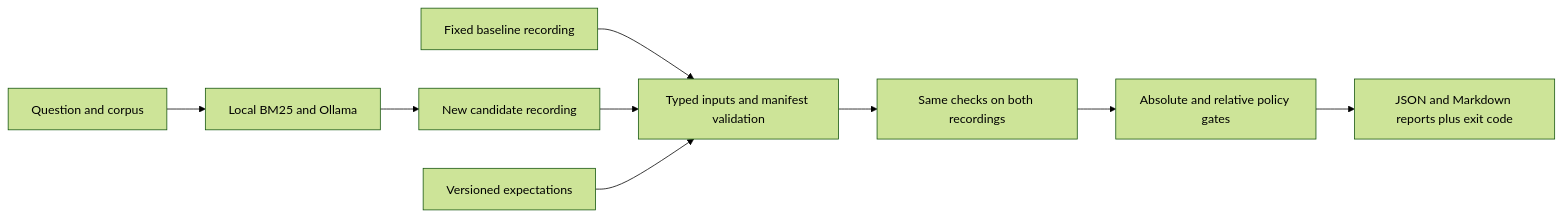
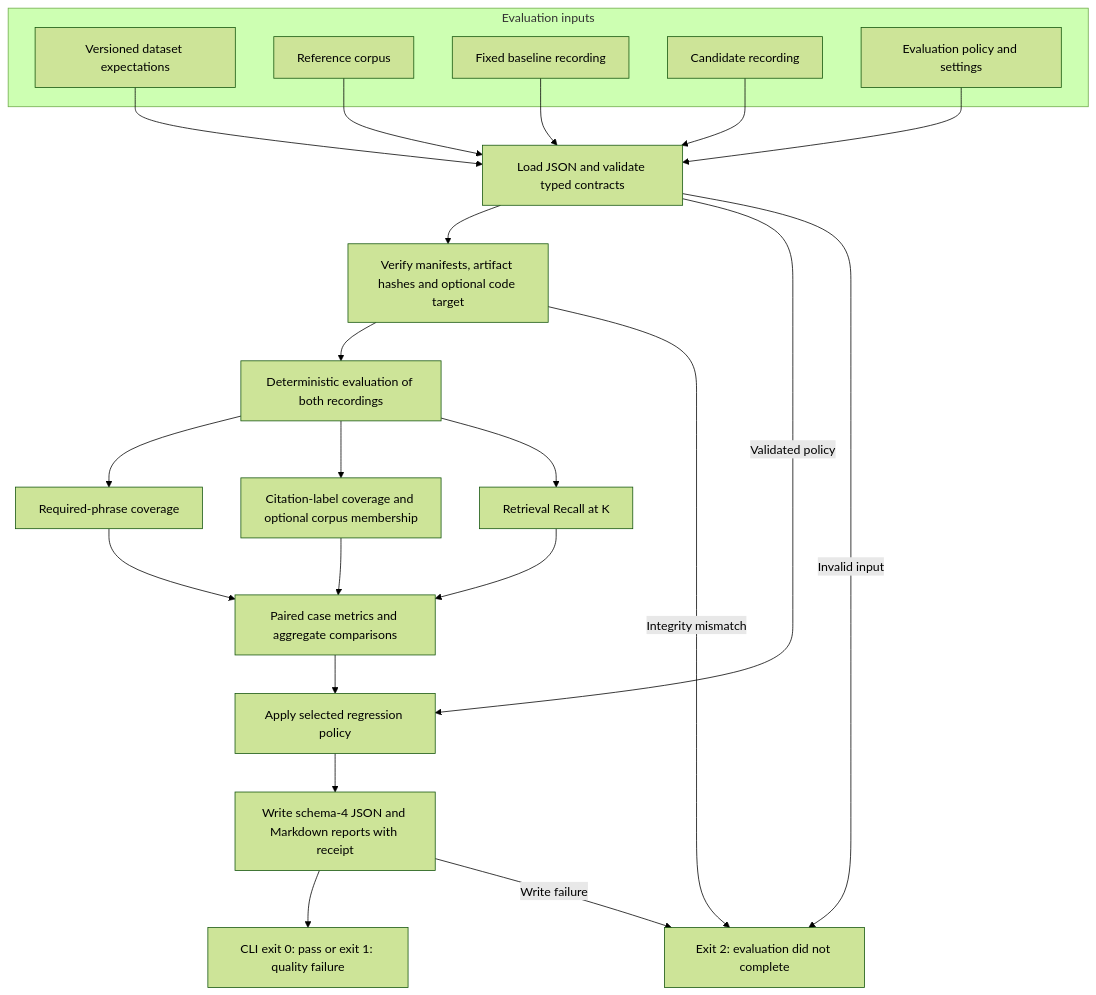
Before and after one commit to Spoorthy-Siddannaiah/llm-regression-gate: the diagram in README.md, drawn with Mermaid (forest theme). The commit also changed other lines of this file, not shown here.

Commit message:
Prepare LLM Regression Gate for public release

````diff
--- a/README.md
+++ b/README.md
@@ -77,11 +52,31 @@
 ```mermaid
-flowchart LR
-    Q[Question and corpus] --> R[Local BM25 and Ollama]
-    R --> C[New candidate recording]
-    B[Fixed baseline recording] --> V[Typed inputs and manifest validation]
-    C --> V
-    D[Versioned expectations] --> V
-    V --> E[Same checks on both recordings]
-    E --> G[Absolute and relative policy gates]
-    G --> O[JSON and Markdown reports plus exit code]
+flowchart TB
+    subgraph Inputs[Evaluation inputs]
+        Dataset[Versioned dataset expectations]
+        Corpus[Reference corpus]
+        Baseline[Fixed baseline recording]
+        Candidate[Candidate recording]
+        Policy[Evaluation policy and settings]
+    end
+
+    Dataset --> Load[Load JSON and validate typed contracts]
+    Corpus --> Load
+    Baseline --> Load
+    Candidate --> Load
+    Policy --> Load
+    Load --> Provenance[Verify manifests, artifact hashes and optional code target]
+    Load -->|Validated policy| Gate
+    Provenance --> Engine[Deterministic evaluation of both recordings]
+    Engine --> Phrases[Required-phrase coverage]
+    Engine --> Citations[Citation-label coverage and optional corpus membership]
+    Engine --> Retrieval[Retrieval Recall at K]
+    Phrases --> Compare[Paired case metrics and aggregate comparisons]
+    Citations --> Compare
+    Retrieval --> Compare
+    Compare --> Gate[Apply selected regression policy]
+    Gate --> Reports[Write schema-4 JSON and Markdown reports with receipt]
+    Reports --> Outcome[CLI exit 0: pass or exit 1: quality failure]
+    Load -->|Invalid input| Error[Exit 2: evaluation did not complete]
+    Provenance -->|Integrity mismatch| Error
+    Reports -->|Write failure| Error
 ```
````
